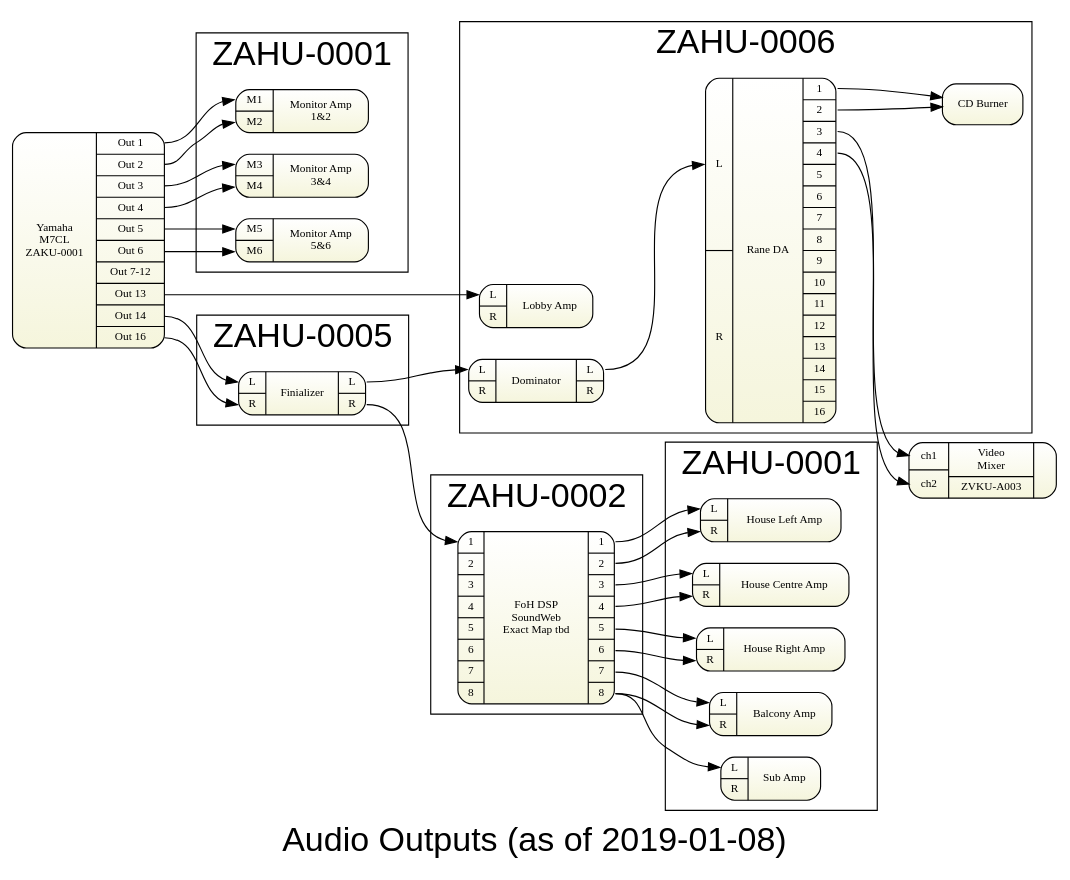
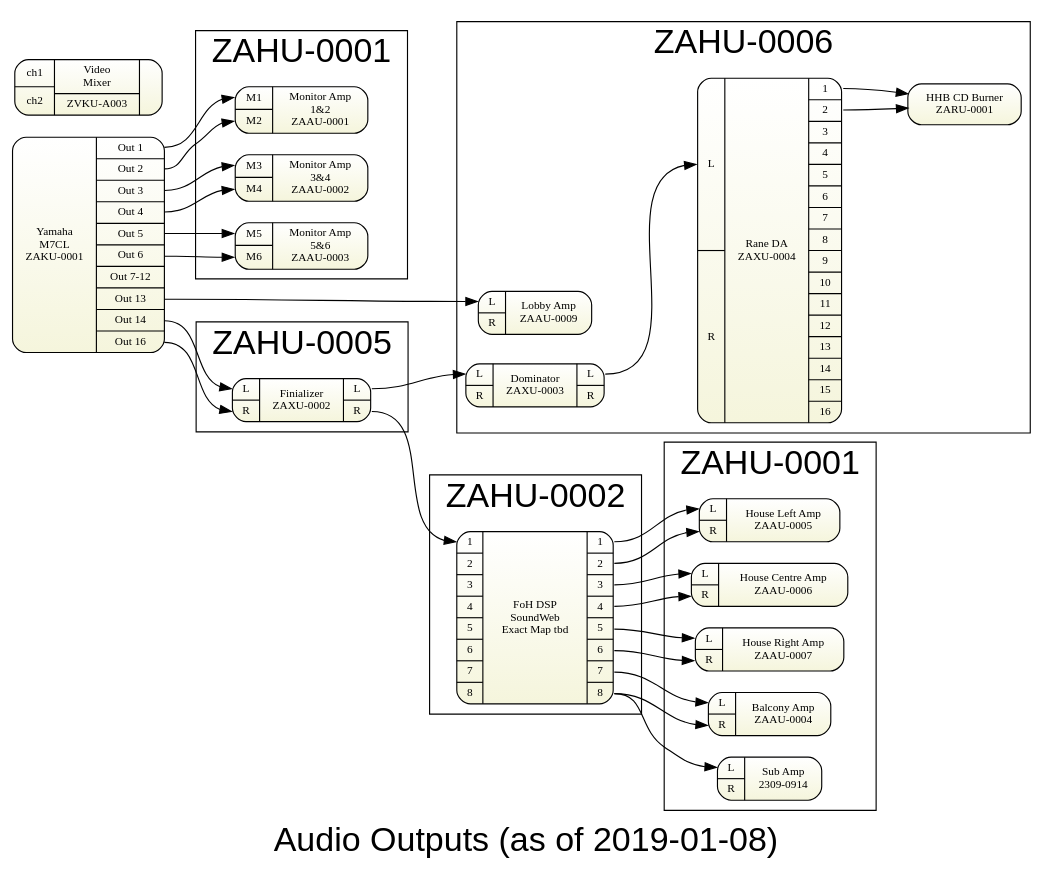
Before and after one commit to avmaint/uactechdoc: the diagram in gv/sda-outputs.gv, drawn with Graphviz. The commit also changed 1 other file, not shown here.

```diff
--- a/gv/sda-outputs.gv
+++ b/gv/sda-outputs.gv
@@ -31,23 +31,24 @@
 {{
   <i1>M1
 | <i2>M2
-} | Monitor Amp\n1&2}
+} | Monitor Amp\n1&2\nZAAU-0001}
 "]
   
 mon34 [label="
 {{
   <i1>M3
 | <i2>M4
-} | Monitor Amp\n3&4}
+} | Monitor Amp\n3&4\nZAAU-0002}
 "]  
  
 mon56 [label="
 {{
   <i1>M5
 | <i2>M6
-} | Monitor Amp\n5&6}
+} | Monitor Amp\n5&6\nZAAU-0003}
 "]   
  }
+ 
 m7:o1 -> mon12:i1
 m7:o2 -> mon12:i2
  
@@ -67,7 +68,7 @@
   <il>L  
 | <ir>R  
 } |
-  {Finializer} 
+  {Finializer\nZAXU-0002} 
 |{
   <ol>L  
 | <or>R  
@@ -84,7 +85,7 @@
   <il>L  
 | <ir>R  
 } |
-  {Dominator} 
+  {Dominator\nZAXU-0003} 
 |{
   <ol>L  
 | <or>R  
@@ -98,7 +99,7 @@
   <il>L  
 | <ir>R  
 } |
-  {Rane DA} 
+  {Rane DA\nZAXU-0004} 
 |{
   <o1>1  
 | <o2>2
@@ -126,12 +127,12 @@
   <il>L  
 | <ir>R  
 } |
-  {Lobby Amp} 
+  {Lobby Amp\nZAAU-0009} 
 
 }
 "]
 
-burner [label="CD Burner"]
+burner [label="HHB CD Burner\nZARU-0001"]
 
 }
 
@@ -157,35 +158,35 @@
 {{
   <i1>L
 | <i2>R
-} | Balcony Amp }
+} | Balcony Amp\nZAAU-0004 }
 "]  
 
 ampsub [label="
 {{
   <i1>L
 | <i2>R
-} | Sub Amp }
+} | Sub Amp\n2309-0914 }
 "]  
 
 amphousel [label="
 {{
   <i1>L
 | <i2>R
-} | House Left Amp }
+} | House Left Amp\nZAAU-0005 }
 "] 
 
 amphousec [label="
 {{
   <i1>L
 | <i2>R
-} | House Centre Amp }
+} | House Centre Amp\nZAAU-0006 }
 "] 
 
 amphouser [label="
 {{
   <i1>L
 | <i2>R
-} | House Right Amp }
+} | House Right Amp\nZAAU-0007 }
 "] 
 
 }
@@ -226,7 +227,7 @@
  
 rane:o1 -> burner:i1
 rane:o2 -> burner:i2
-rane:o3 -> videomix:i1
-rane:o4 -> videomix:i2
+#rane:o3 -> videomix:i1  
+#rane:o4 -> videomix:i2   
  
   } 
```
